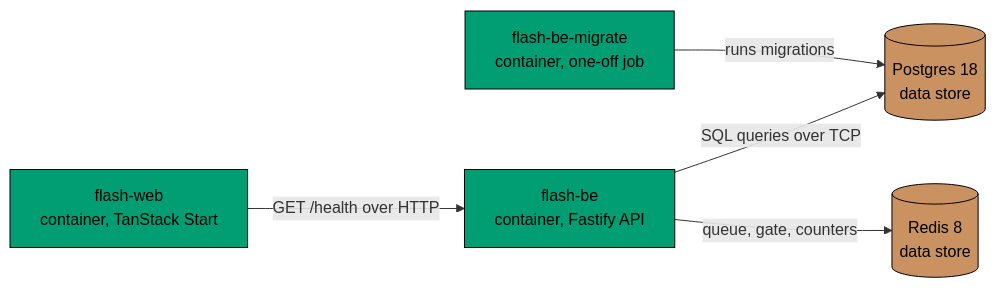
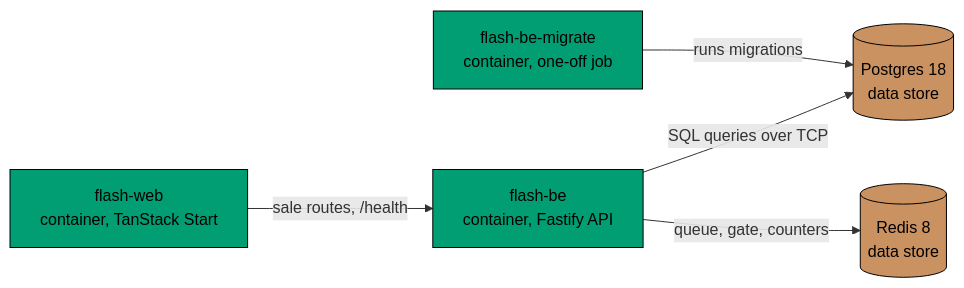
Before and after one commit to wahidyankf/coding-itv-js-flashsale: the diagram in specs/flash/architecture/containers.md, drawn with Mermaid. The commit also changed other lines of this file and 53 other files, not shown here.

First line of the commit message:
feat(flash-web): show the sale and let a shopper buy, behind a web-server proxy

````diff
--- a/specs/flash/architecture/containers.md
+++ b/specs/flash/architecture/containers.md
@@ -6,19 +6,19 @@
 ```mermaid
 flowchart LR
   accTitle: Flash sale containers
-  accDescr: The web app runs server functions that call the API over HTTP. The API reads and writes Postgres and uses Redis for the queue, the reservation gate and the rate counters. A migration job runs once before the API starts and prepares the Postgres schema.
+  accDescr: A shopper's browser talks only to the web app. The web app renders the sale page and passes the sale requests on to the API over HTTP. The API reads and writes Postgres and uses Redis for the queue, the reservation gate and the rate counters. A migration job runs once before the API starts and prepares the Postgres schema.
   web["flash-web<br/>container, TanStack Start"]
   be["flash-be<br/>container, Fastify API"]
   migrate["flash-be-migrate<br/>container, one-off job"]
   pg[("Postgres 18<br/>data store")]
   redis[("Redis 8<br/>data store")]
-  web -->|GET /health over HTTP| be
+  web -->|sale routes, /health| be
   be -->|SQL queries over TCP| pg
   be -->|queue, gate, counters| redis
   migrate -->|runs migrations| pg
   classDef container fill:#029E73,stroke:#000000,color:#000000
   classDef store fill:#CA9161,stroke:#000000,color:#000000
   classDef default fill:#808080,stroke:#000000,color:#000000
   class web,be,migrate container
   class pg,redis store
 ```
````
